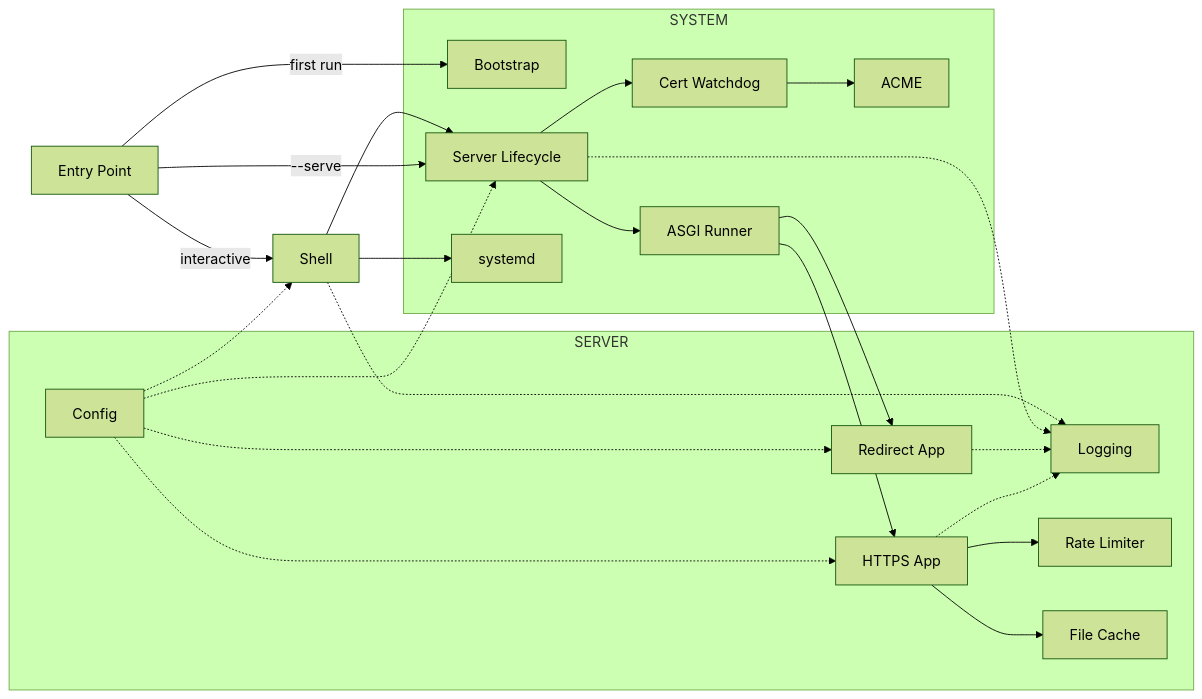
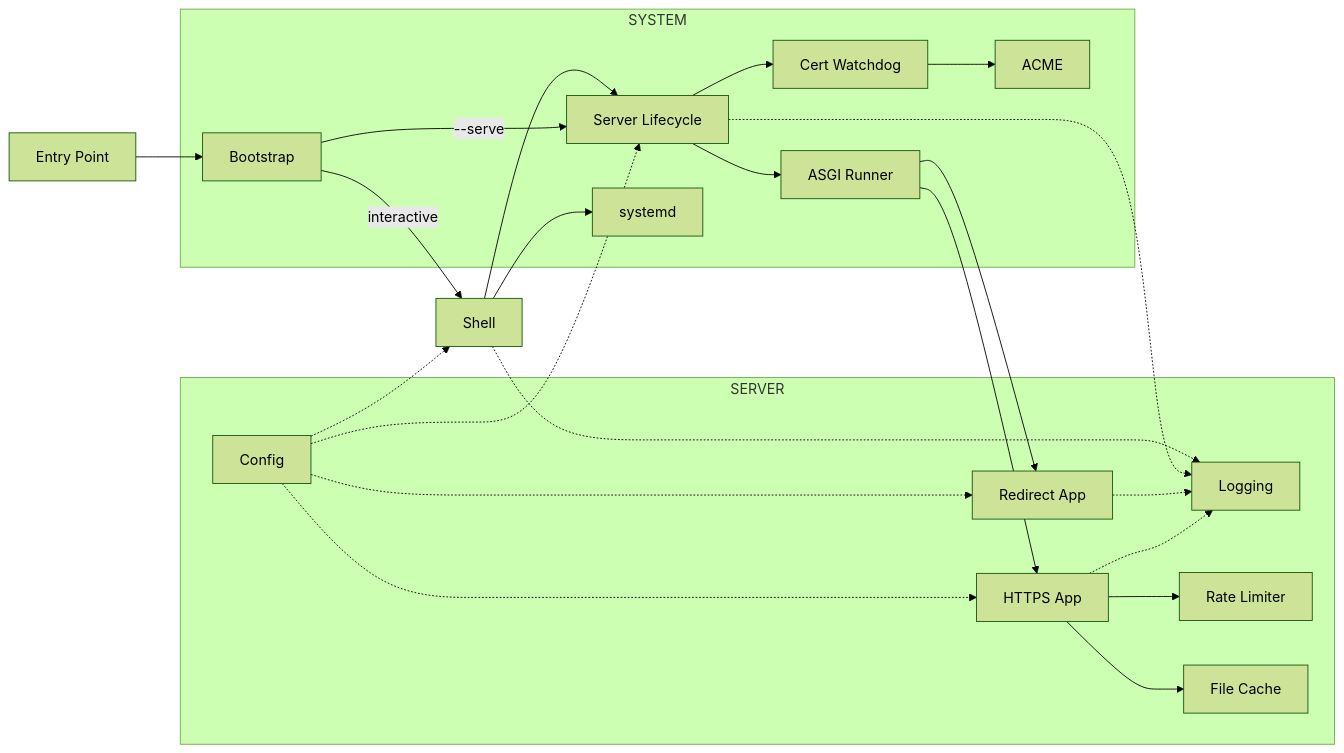
The diagram in README.md (andy-emerson/Servette), drawn with Mermaid (forest theme) before and after one commit.

Commit message:
Fix diagram: Bootstrap is a pre-step, not an alternative entry path

````diff
--- a/README.md
+++ b/README.md
@@ -148,51 +148,51 @@
 ```mermaid
 graph LR
     EP[Entry Point]
 
     subgraph SERVER
         CFG[Config]
         LOG[Logging]
         RL[Rate Limiter]
         FC[File Cache]
         HTTPS[HTTPS App]
         HTTP[Redirect App]
     end
 
     subgraph SYSTEM
         BS[Bootstrap]
         SRV[Server Lifecycle]
         ASG[ASGI Runner]
         CW[Cert Watchdog]
         ACME[ACME]
         SD[systemd]
     end
 
     SH[Shell]
 
     CFG -.-> HTTPS
     CFG -.-> HTTP
     CFG -.-> SRV
     CFG -.-> SH
 
-    EP -->|first run| BS
-    EP -->|--serve| SRV
-    EP -->|interactive| SH
+    EP --> BS
+    BS -->|--serve| SRV
+    BS -->|interactive| SH
 
     SH --> SRV
     SH --> SD
 
     SRV --> ASG
     SRV --> CW
     ASG --> HTTPS
     ASG --> HTTP
 
     CW --> ACME
 
     HTTPS --> RL
     HTTPS --> FC
 
     HTTPS -.-> LOG
     HTTP -.-> LOG
     SRV -.-> LOG
     SH -.-> LOG
 ```
````
